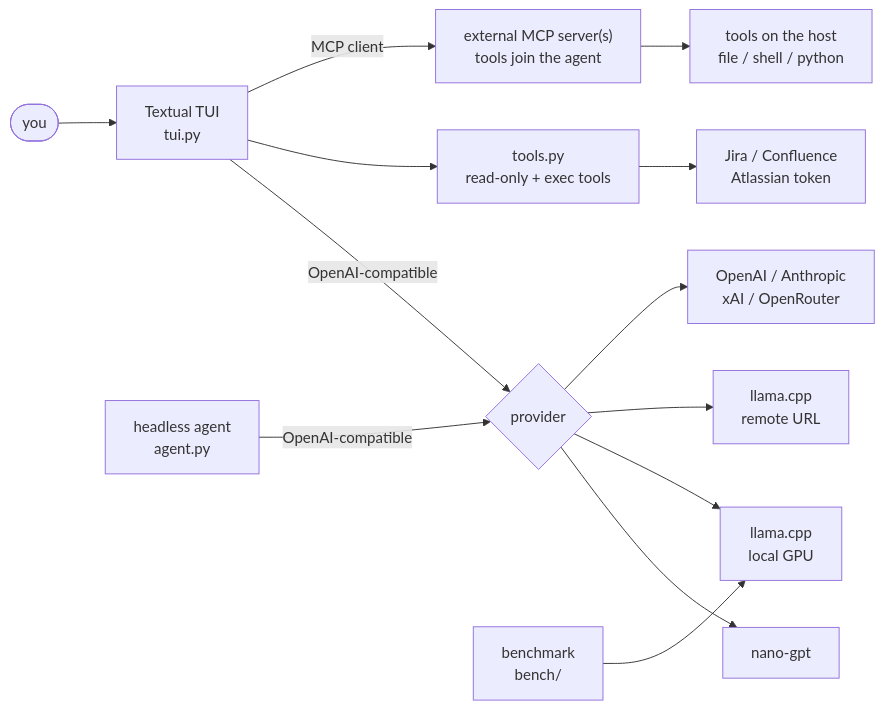
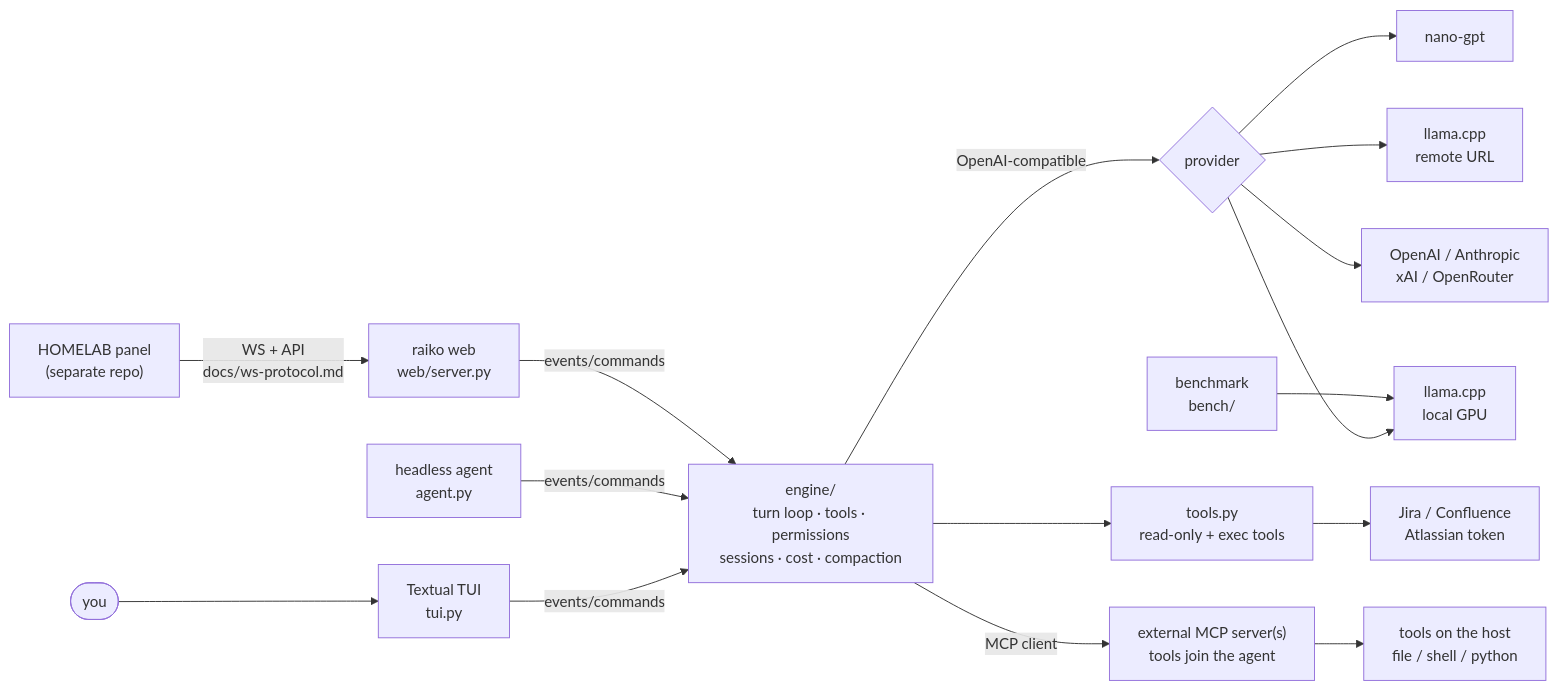
One commit to ajaniramon/raiko-toolkit changed the diagram in README.md. Above: the diagram before and after it, drawn with Mermaid. The commit also changed other lines of this file and 5 other files, not shown here.

First line of the commit message:
docs(web)+fix(engine): contrato WS documentado y versionado + suite de tests (Fase 5)

````diff
--- a/README.md
+++ b/README.md
@@ -43,16 +49,19 @@
 ```mermaid
 flowchart LR
   you([you]) --> tui["Textual TUI<br>tui.py"]
   cli["headless agent<br>agent.py"]
-  tui -->|OpenAI-compatible| P{provider}
-  cli -->|OpenAI-compatible| P
+  hl["HOMELAB panel<br>(separate repo)"] -->|"WS + API<br>docs/ws-protocol.md"| web["raiko web<br>web/server.py"]
+  tui -->|events/commands| E["engine/<br>turn loop · tools · permissions<br>sessions · cost · compaction"]
+  cli -->|events/commands| E
+  web -->|events/commands| E
+  E -->|OpenAI-compatible| P{provider}
   P --> nano[nano-gpt]
   P --> local["llama.cpp<br>local GPU"]
   P --> remote["llama.cpp<br>remote URL"]
   P --> cloud["OpenAI / Anthropic<br>xAI / OpenRouter"]
-  tui --> T["tools.py<br>read-only + exec tools"]
+  E --> T["tools.py<br>read-only + exec tools"]
   T --> A["Jira / Confluence<br>Atlassian token"]
-  tui -->|MCP client| M["external MCP server(s)<br>tools join the agent"]
+  E -->|MCP client| M["external MCP server(s)<br>tools join the agent"]
   M --> T2["tools on the host<br>file / shell / python"]
   B["benchmark<br>bench/"] --> local
 ```
````
